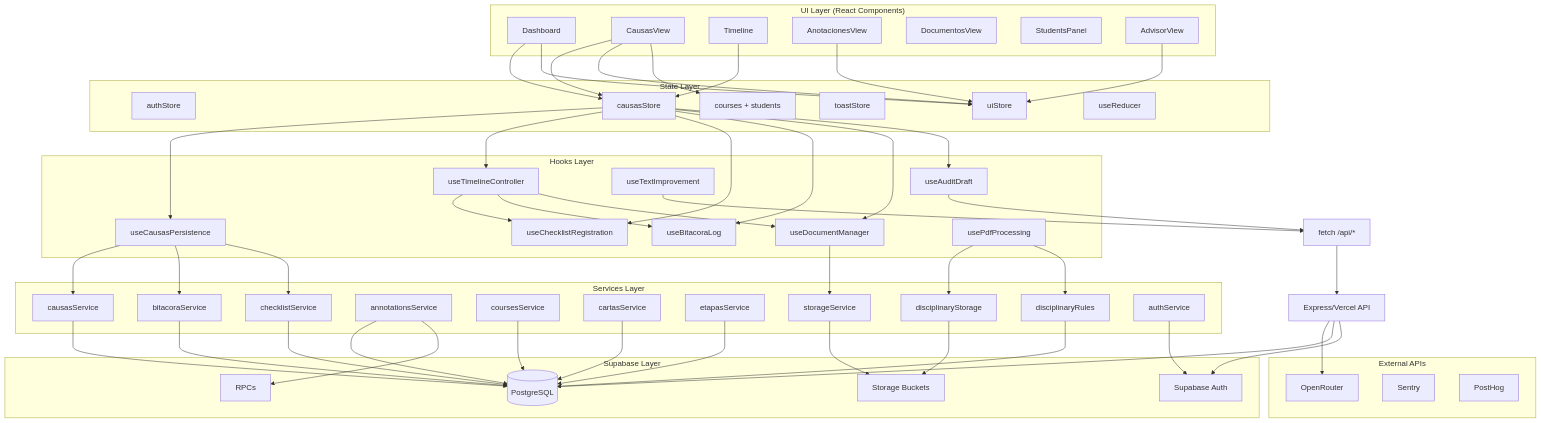
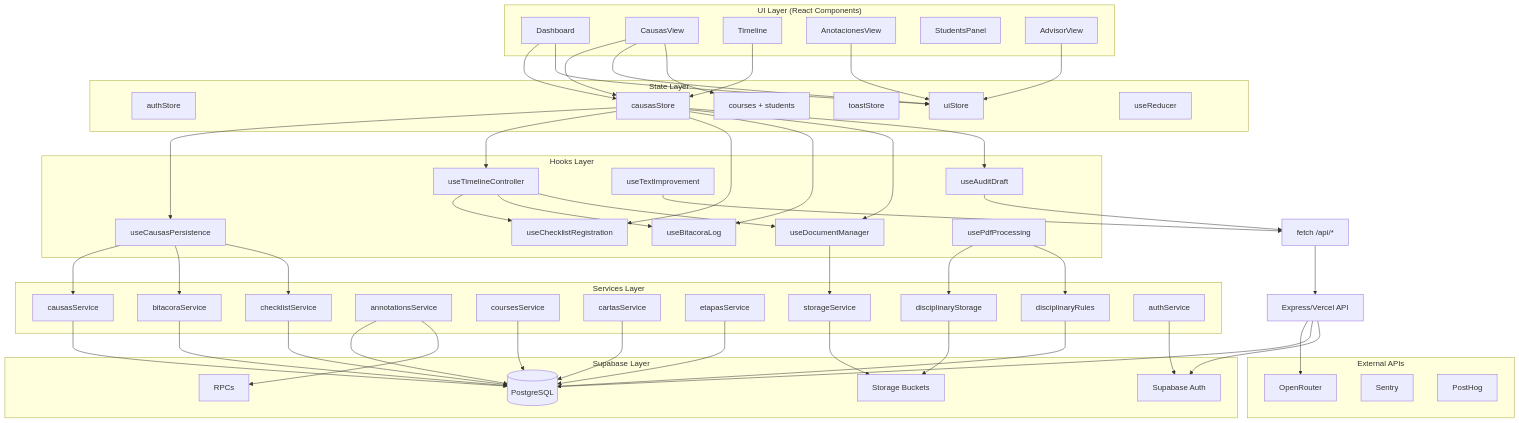
One commit to Hluengo/sistema-integral-convivencia-escolar changed the first of 2 diagrams in docs/dependency-graph/05-full-system.md. Above: the diagram before and after it, drawn with Mermaid. The commit also changed 139 other files, not shown here.

```diff
--- a/docs/dependency-graph/05-full-system.md
+++ b/docs/dependency-graph/05-full-system.md
@@ -12,7 +12,6 @@
         CausasView
         Timeline
         AnotacionesView
-        DocumentosView
         StudentsPanel
         AdvisorView
     end
```
